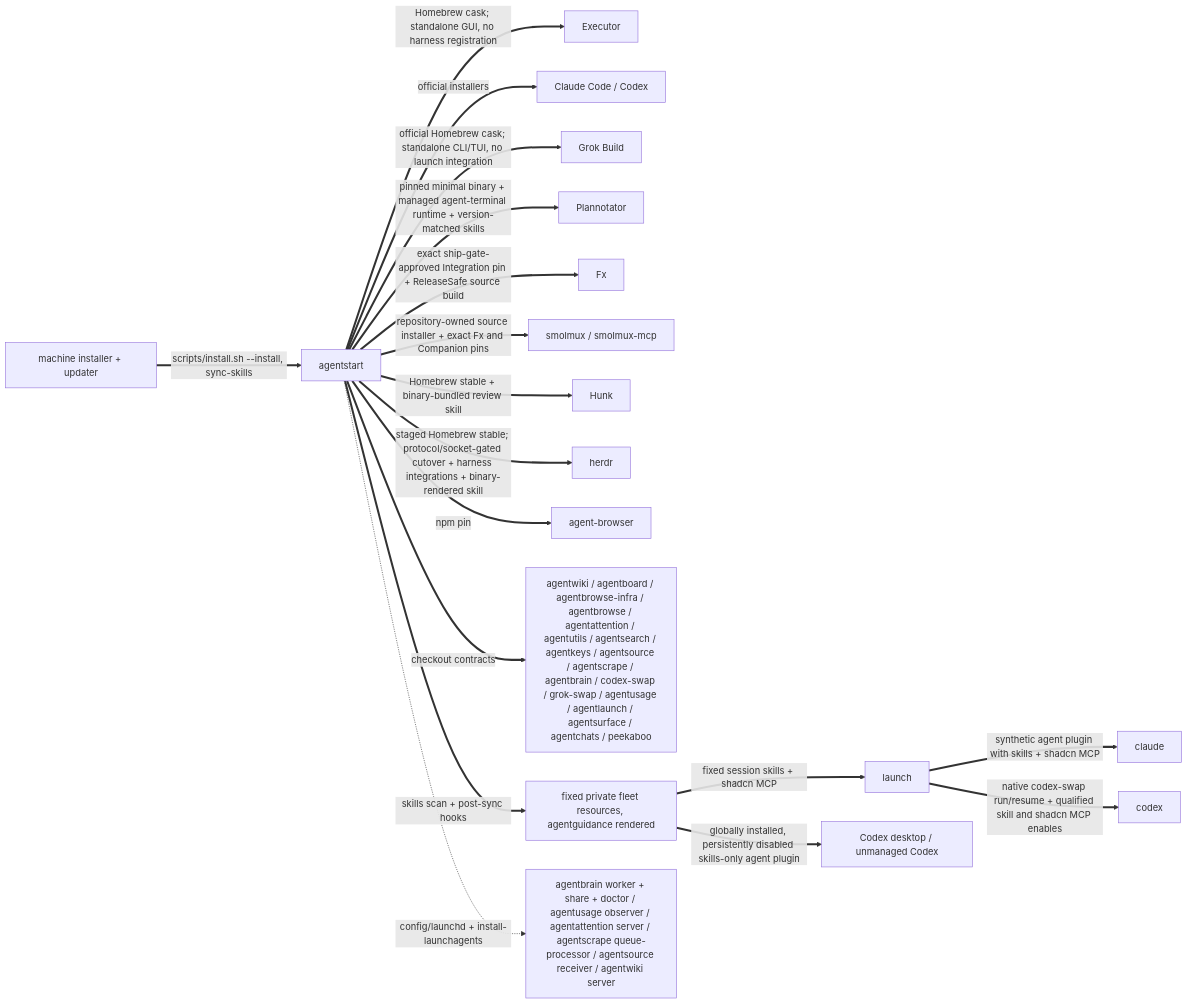
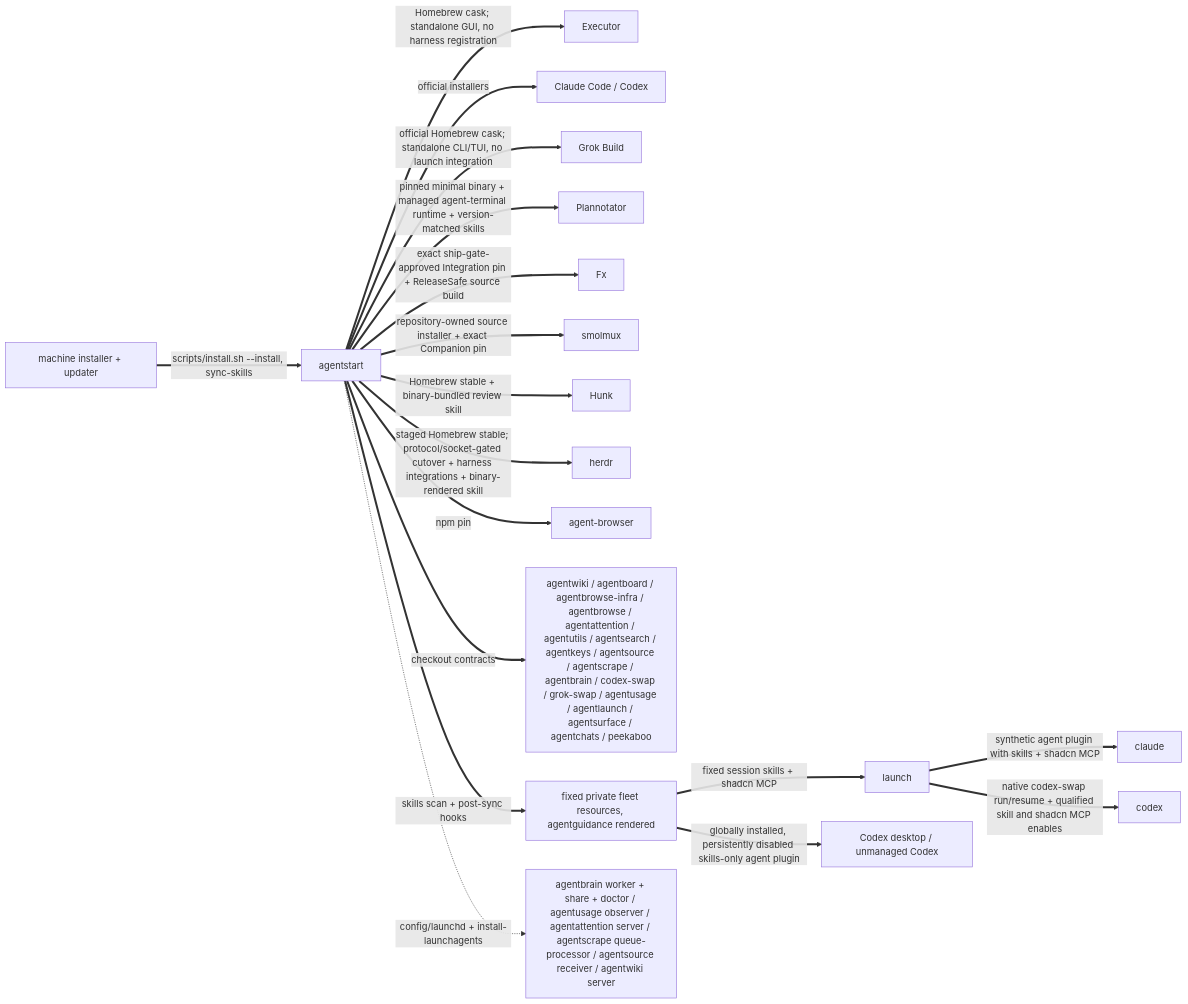
The second of 3 diagrams in skills/fleet/MAP.md (possibilities/agentstart), drawn with Mermaid before and after one commit. The commit also changed other lines of this file and 5 other files, not shown here.

Commit message:
Follow the current Smolmux installer contract

````diff
--- a/skills/fleet/MAP.md
+++ b/skills/fleet/MAP.md
@@ -92,23 +89,23 @@
 ```mermaid
 flowchart LR
     machine[machine installer + updater]
     start[agentstart]
 
     machine ==>|scripts/install.sh --install, sync-skills| start
     start ==>|Homebrew cask; standalone GUI, no harness registration| executor[Executor]
     start ==>|official installers| harnesses[Claude Code / Codex]
     start ==>|official Homebrew cask; standalone CLI/TUI, no launch integration| grok[Grok Build]
     start ==>|pinned minimal binary + managed agent-terminal runtime + version-matched skills| plannotator[Plannotator]
     start ==>|exact ship-gate-approved Integration pin + ReleaseSafe source build| fx[Fx]
-    start ==>|repository-owned source installer + exact Fx and Companion pins| smolmuxInstall[smolmux / smolmux-mcp]
+    start ==>|repository-owned source installer + exact Companion pin| smolmuxInstall[smolmux]
     start ==>|Homebrew stable + binary-bundled review skill| hunk[Hunk]
     start ==>|staged Homebrew stable; protocol/socket-gated cutover + harness integrations + binary-rendered skill| herdrInstall[herdr]
     start ==>|npm pin| browser[agent-browser]
     start ==>|checkout contracts| fleet[agentwiki / agentboard / agentbrowse-infra / agentbrowse / agentattention / agentutils / agentsearch / agentkeys / agentsource / agentscrape / agentbrain / codex-swap / grok-swap / agentusage / agentlaunch / agentsurface / agentchats / peekaboo]
     start ==>|skills scan + post-sync hooks| skills[fixed private fleet resources, agentguidance rendered]
     skills ==>|fixed session skills + shadcn MCP| launch
     launch ==>|synthetic agent plugin with skills + shadcn MCP| claude
     launch ==>|native codex-swap run/resume + qualified skill and shadcn MCP enables| codex
     skills ==>|globally installed, persistently disabled skills-only agent plugin| codexDesktop[Codex desktop / unmanaged Codex]
     start -.->|config/launchd + install-launchagents| services[agentbrain worker + share + doctor / agentusage observer / agentattention server / agentscrape queue-processor / agentsource receiver / agentwiki server]
 ```
````
